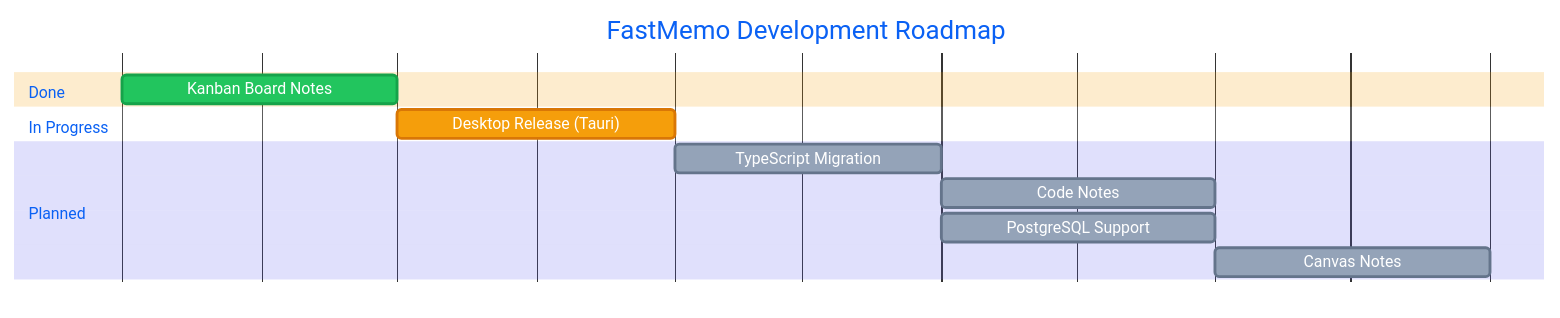
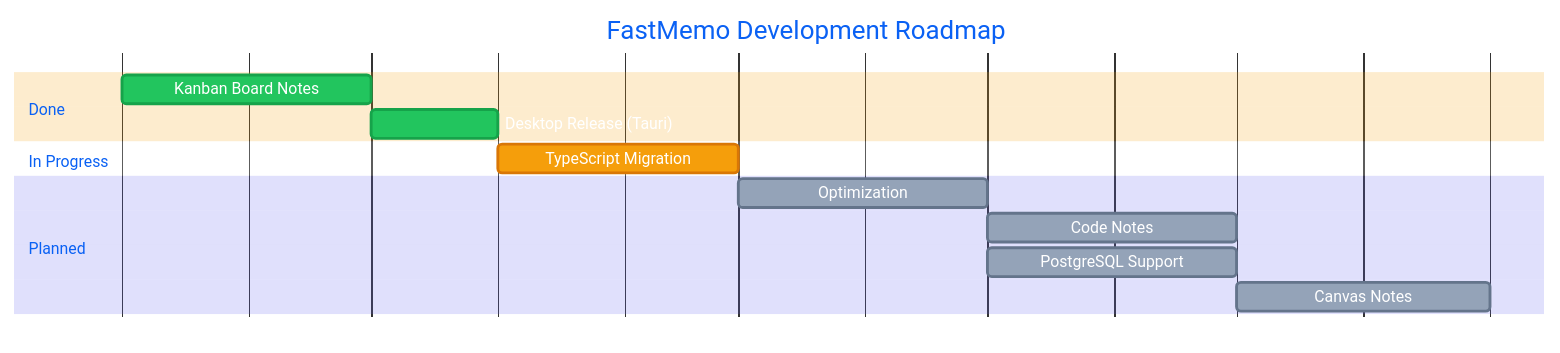
One commit to ontech7/fastmemo-app changed the diagram in docs/assets/timeline.mmd. Above: the diagram before and after it, drawn with Mermaid. The commit also changed 2 other files, not shown here.

Commit message:
Updated roadmap and timeline

```diff
--- a/docs/assets/timeline.mmd
+++ b/docs/assets/timeline.mmd
@@ -1,17 +1,18 @@
-%%{init: {'theme': 'base', 'themeVariables': { 'primaryColor': '#6366f1', 'primaryTextColor': '#fff', 'primaryBorderColor': '#4f46e5', 'lineColor': '#94a3b8', 'secondaryColor': '#22c55e', 'tertiaryColor': '#f59e0b', 'background': '#ffffff', 'mainBkg': '#ffffff', 'secondBkg': '#f1f5f9', 'doneTaskBkgColor': '#22c55e', 'doneTaskBorderColor': '#16a34a', 'activeTaskBkgColor': '#f59e0b', 'activeTaskBorderColor': '#d97706', 'taskBkgColor': '#94a3b8', 'taskBorderColor': '#64748b'}}}%%
+%%{init: {'theme': 'base', 'themeVariables': { 'primaryColor': '#6366f1', 'primaryTextColor': '#fff', 'primaryBorderColor': '#4f46e5', 'lineColor': '#94a3b8', 'secondaryColor': '#22c55e', 'tertiaryColor': '#f59e0b', 'background': '#000000', 'mainBkg': '#000000', 'secondBkg': '#f1f5f9', 'doneTaskBkgColor': '#22c55e', 'doneTaskBorderColor': '#16a34a', 'activeTaskBkgColor': '#f59e0b', 'activeTaskBorderColor': '#d97706', 'taskBkgColor': '#94a3b8', 'taskBorderColor': '#64748b'}}}%%
 gantt
     title FastMemo Development Roadmap
     dateFormat  YYYY-MM
     axisFormat  %b %Y
 
     section Done
     Kanban Board Notes           :done, kanban, 2024-10, 2024-12
+    Desktop Release (Tauri)      :done, desktop, 2024-12, 2025-01
 
     section In Progress
-    Desktop Release (Tauri)      :active, desktop, 2024-12, 2025-02
+    TypeScript Migration         :active, ts, 2025-01, 2025-03
 
     section Planned
-    TypeScript Migration         :ts, 2025-02, 2025-04
-    Code Notes                   :code, 2025-04, 2025-06
-    PostgreSQL Support           :postgres, 2025-04, 2025-06
-    Canvas Notes                 :canvas, 2025-06, 2025-08
+    Optimization                 :optimization, 2025-03, 2025-05
+    Code Notes                   :code, 2025-05, 2025-07
+    PostgreSQL Support           :postgres, 2025-05, 2025-07
+    Canvas Notes                 :canvas, 2025-07, 2025-09
```
